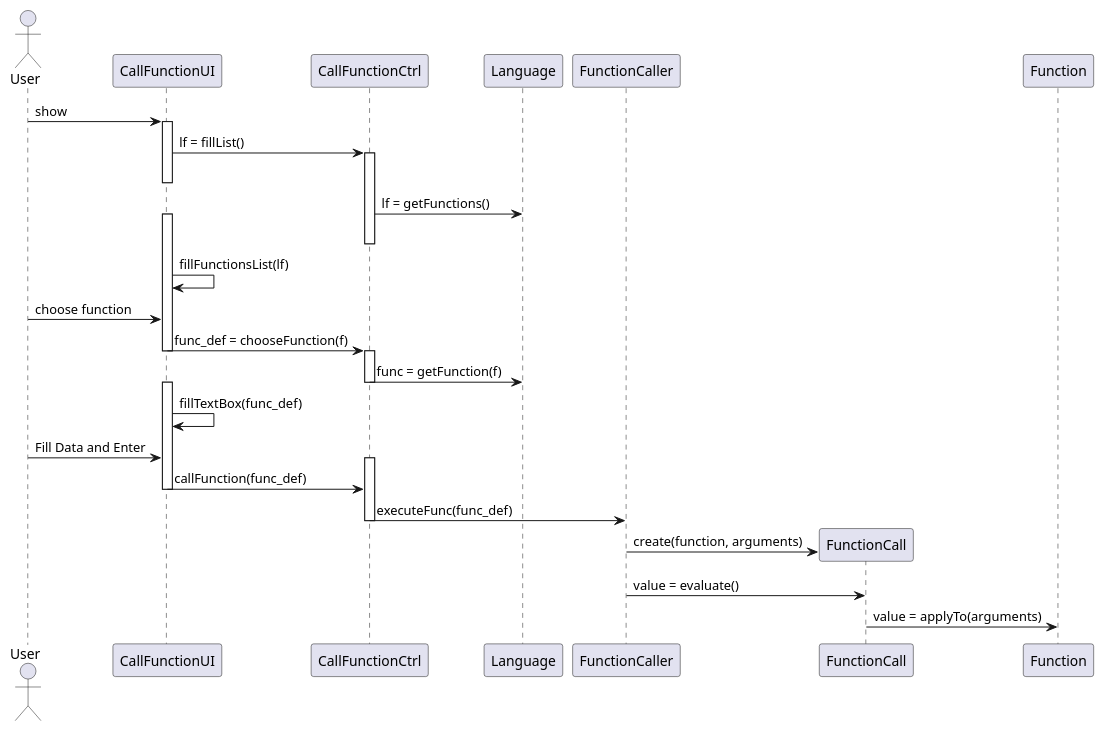
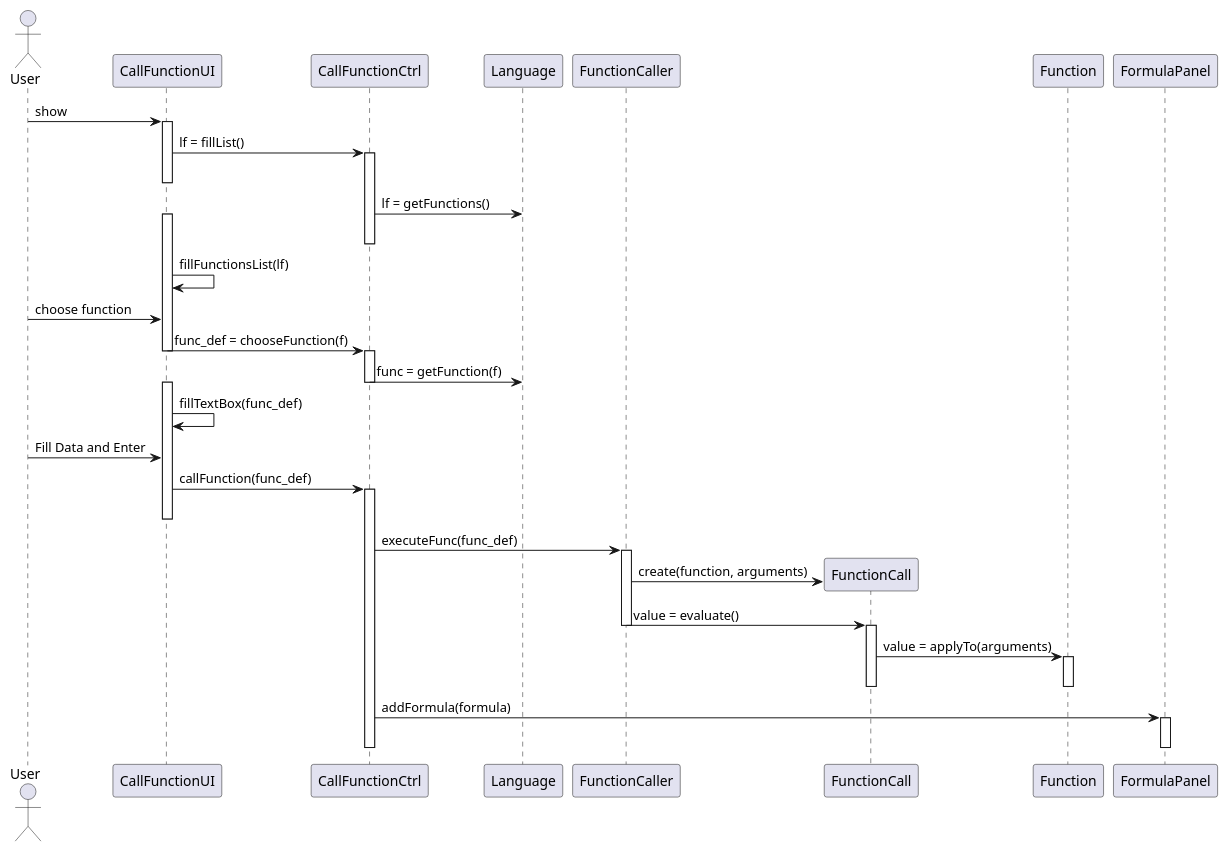
One commit to 1130348/Confusao changed the diagram in src/csheets/userstories/macros05_01/call_function/i130346/design_macros_05_01.puml. Above: the diagram before and after it, drawn with PlantUML. The commit also changed 7 other files, not shown here.

Commit message:
CSDH-191 #time 1h Wizard call function totalmente funcional e pequenas alterações no design.

```diff
--- a/src/csheets/userstories/macros05_01/call_function/i130346/design_macros_05_01.puml
+++ b/src/csheets/userstories/macros05_01/call_function/i130346/design_macros_05_01.puml
@@ -1,37 +1,46 @@
 @startuml doc-files/design_macros_05_01.png
 actor User
  participant "CallFunctionUI" as UI
  participant "CallFunctionCtrl" as ctrl
  participant "Language" as language
 participant "FunctionCaller" as caller
 User -> UI : show
 activate UI
 UI -> ctrl : lf = fillList()
 activate ctrl
 deactivate UI
 ctrl -> language : lf = getFunctions()
 activate UI
 deactivate ctrl
 UI -> UI : fillFunctionsList(lf)
 User -> UI : choose function
 UI -> ctrl : func_def = chooseFunction(f)
 deactivate UI
 activate ctrl
 ctrl -> language : func = getFunction(f)
 deactivate ctrl
 activate UI
 UI -> UI : fillTextBox(func_def)
 User -> UI : Fill Data and Enter
+UI -> ctrl : callFunction(func_def)
 activate ctrl
-UI -> ctrl : callFunction(func_def)
 deactivate UI
 ctrl -> caller : executeFunc(func_def)
-deactivate ctrl
+activate caller
 create FunctionCall as f_call
 caller -> f_call : create(function, arguments) 
 caller -> f_call : value = evaluate()
 deactivate caller
+activate f_call
 participant "Function" as func
 f_call -> func : value = applyTo(arguments)
+activate func
+deactivate f_call
+deactivate func
+participant "FormulaPanel" as panel
+ctrl -> panel : addFormula(formula)
+activate panel
+deactivate ctrl
+deactivate panel
 
 @enduml
```
